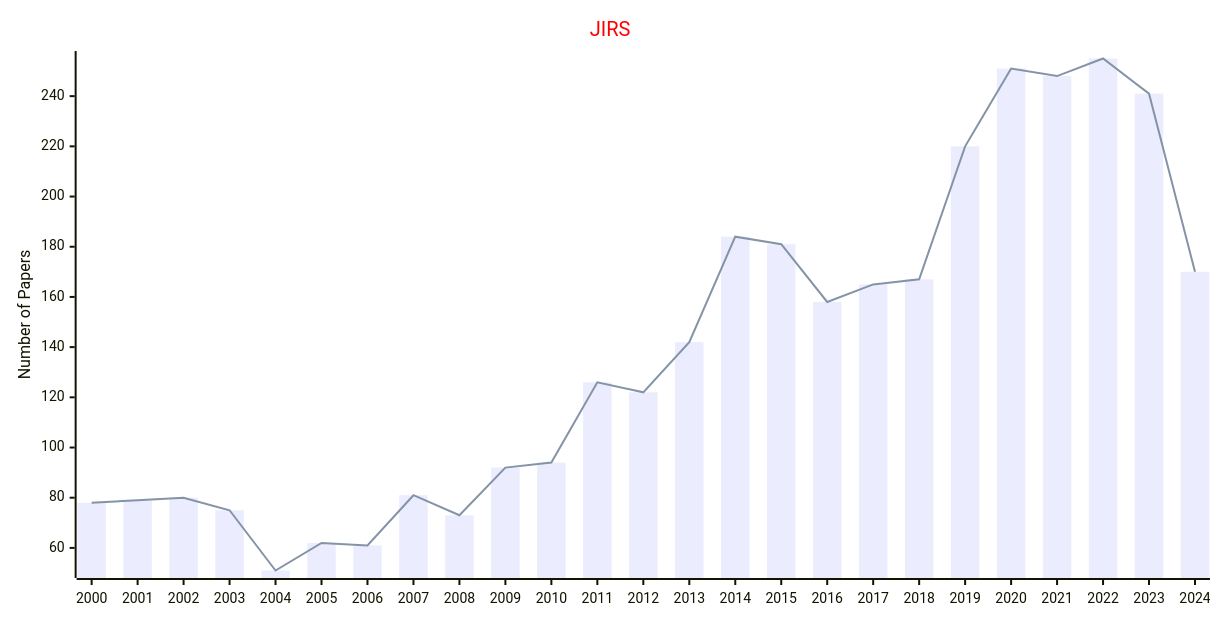
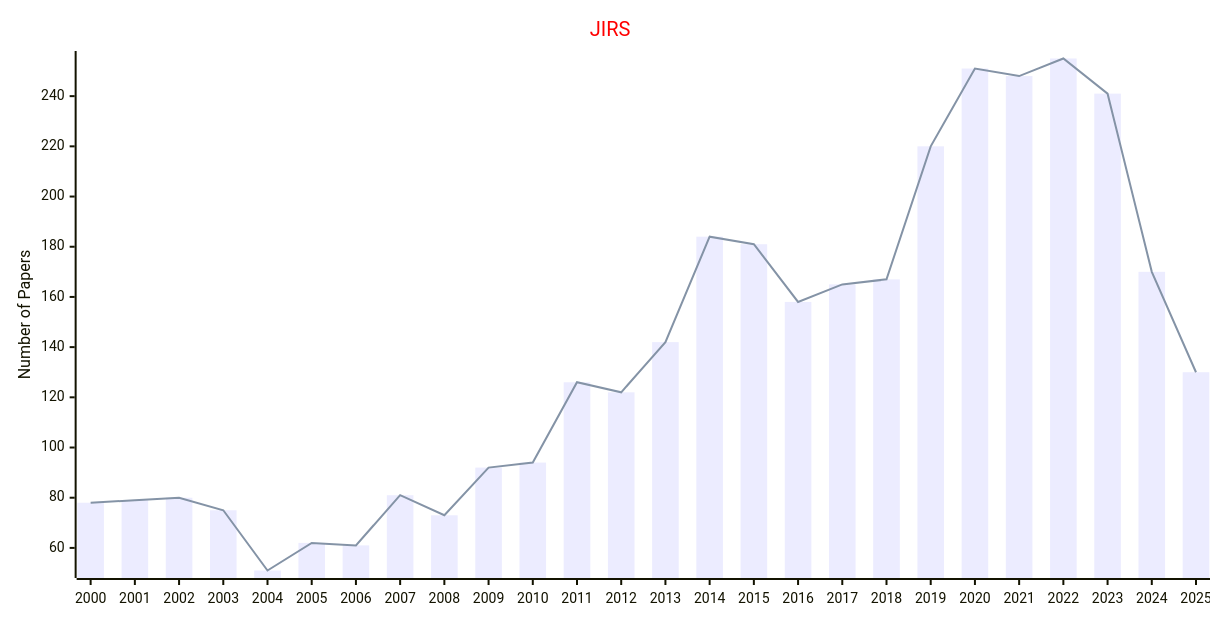
Before and after one commit to Easy-PhD/AILinks: the diagram in docs/data/Journals/Statistics_Journals/Robotic_Systems.md, drawn with Mermaid. The commit also changed 107 other files, not shown here.

````diff
--- a/docs/data/Journals/Statistics_Journals/Robotic_Systems.md
+++ b/docs/data/Journals/Statistics_Journals/Robotic_Systems.md
@@ -9,17 +9,17 @@
 ```mermaid
 ---
 config:
     xyChart:
         width: 1200
         height: 600
     themeVariables:
         xyChart:
             titleColor: "#ff0000"
 ---
 xychart-beta
     title "JIRS"
-    x-axis [2000, 2001, 2002, 2003, 2004, 2005, 2006, 2007, 2008, 2009, 2010, 2011, 2012, 2013, 2014, 2015, 2016, 2017, 2018, 2019, 2020, 2021, 2022, 2023, 2024]
+    x-axis [2000, 2001, 2002, 2003, 2004, 2005, 2006, 2007, 2008, 2009, 2010, 2011, 2012, 2013, 2014, 2015, 2016, 2017, 2018, 2019, 2020, 2021, 2022, 2023, 2024, 2025]
     y-axis "Number of Papers"
-    bar [78, 79, 80, 75, 51, 62, 61, 81, 73, 92, 94, 126, 122, 142, 184, 181, 158, 165, 167, 220, 251, 248, 255, 241, 170]
-    line [78, 79, 80, 75, 51, 62, 61, 81, 73, 92, 94, 126, 122, 142, 184, 181, 158, 165, 167, 220, 251, 248, 255, 241, 170]
+    bar [78, 79, 80, 75, 51, 62, 61, 81, 73, 92, 94, 126, 122, 142, 184, 181, 158, 165, 167, 220, 251, 248, 255, 241, 170, 130]
+    line [78, 79, 80, 75, 51, 62, 61, 81, 73, 92, 94, 126, 122, 142, 184, 181, 158, 165, 167, 220, 251, 248, 255, 241, 170, 130]
 ```
````
